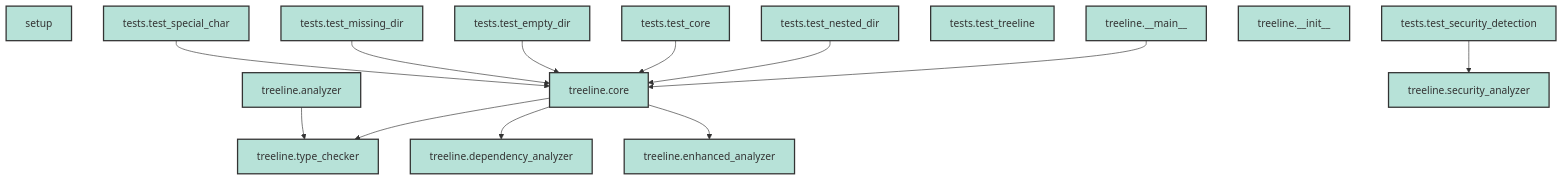
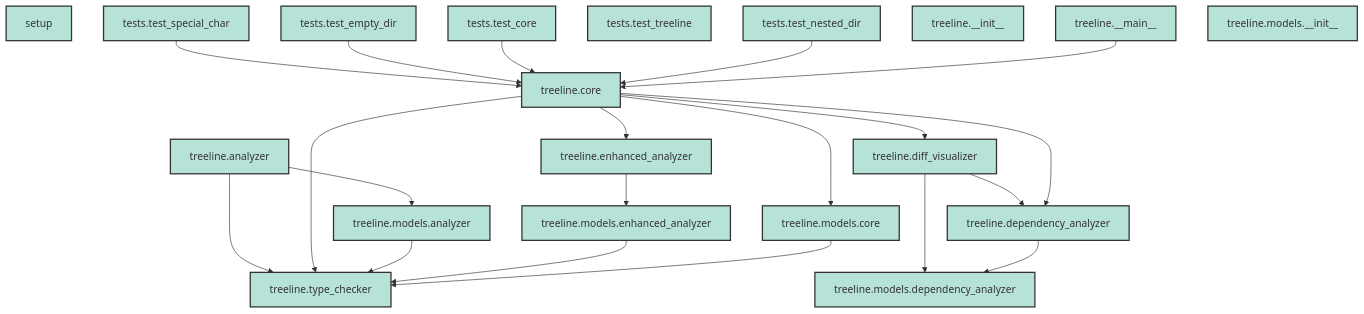
Before and after one commit to duriantaco/treeline: the first of 14 diagrams in docs/tree.md, drawn with Mermaid. The commit also changed other lines of this file and 5 other files, not shown here.

````diff
--- a/docs/tree.md
+++ b/docs/tree.md
@@ -10,35 +10,46 @@
 ```mermaid
 graph TD
 
     %% Styling
     classDef modNode fill:#b7e2d8,stroke:#333,stroke-width:2px
 
     setup["setup"]:::modNode
-    tests_test_security_detection["tests.test_security_detection"]:::modNode
     tests_test_special_char["tests.test_special_char"]:::modNode
-    tests_test_missing_dir["tests.test_missing_dir"]:::modNode
     tests_test_empty_dir["tests.test_empty_dir"]:::modNode
     tests_test_core["tests.test_core"]:::modNode
     tests_test_treeline["tests.test_treeline"]:::modNode
     tests_test_nested_dir["tests.test_nested_dir"]:::modNode
     treeline_type_checker["treeline.type_checker"]:::modNode
+    treeline_diff_visualizer["treeline.diff_visualizer"]:::modNode
     treeline_dependency_analyzer["treeline.dependency_analyzer"]:::modNode
     treeline_analyzer["treeline.analyzer"]:::modNode
     treeline___init__["treeline.__init__"]:::modNode
     treeline_enhanced_analyzer["treeline.enhanced_analyzer"]:::modNode
     treeline_core["treeline.core"]:::modNode
-    treeline_security_analyzer["treeline.security_analyzer"]:::modNode
     treeline___main__["treeline.__main__"]:::modNode
+    treeline_models_dependency_analyzer["treeline.models.dependency_analyzer"]:::modNode
+    treeline_models_analyzer["treeline.models.analyzer"]:::modNode
+    treeline_models___init__["treeline.models.__init__"]:::modNode
+    treeline_models_enhanced_analyzer["treeline.models.enhanced_analyzer"]:::modNode
+    treeline_models_core["treeline.models.core"]:::modNode
 
-    tests_test_security_detection --> treeline_security_analyzer
     tests_test_special_char --> treeline_core
-    tests_test_missing_dir --> treeline_core
     tests_test_empty_dir --> treeline_core
     tests_test_core --> treeline_core
     tests_test_nested_dir --> treeline_core
+    treeline_diff_visualizer --> treeline_dependency_analyzer
+    treeline_diff_visualizer --> treeline_models_dependency_analyzer
+    treeline_dependency_analyzer --> treeline_models_dependency_analyzer
     treeline_analyzer --> treeline_type_checker
+    treeline_analyzer --> treeline_models_analyzer
+    treeline_enhanced_analyzer --> treeline_models_enhanced_analyzer
     treeline_core --> treeline_type_checker
     treeline_core --> treeline_dependency_analyzer
     treeline_core --> treeline_enhanced_analyzer
+    treeline_core --> treeline_diff_visualizer
+    treeline_core --> treeline_models_core
     treeline___main__ --> treeline_core
+    treeline_models_analyzer --> treeline_type_checker
+    treeline_models_enhanced_analyzer --> treeline_type_checker
+    treeline_models_core --> treeline_type_checker
 ```
````
